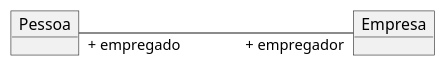
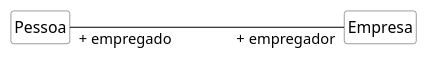
One commit to kyriosdata/oo changed the diagram in imagens/modelos-01/imagem-13/mod01ima13.plantuml. Above: the diagram before and after it, drawn with PlantUML. The commit also changed 13 other files, not shown here.

```diff
--- a/imagens/modelos-01/imagem-13/mod01ima13.plantuml
+++ b/imagens/modelos-01/imagem-13/mod01ima13.plantuml
@@ -1,7 +1,16 @@
 @startuml mod01ima13
+hide circle
+hide methods
+hide empty members
+
+skinparam class {
+    BackgroundColor White
+    ArrowColor Black
+    BorderColor #505050
+}
 skinparam ClassAttributeIconSize 0
-object "Pessoa" as o1
-object "Empresa" as o2
+class "Pessoa" as o1
+class "Empresa" as o2
 left to right direction
 o1"+ empregado" ----- "+ empregador"o2
 @enduml
```
